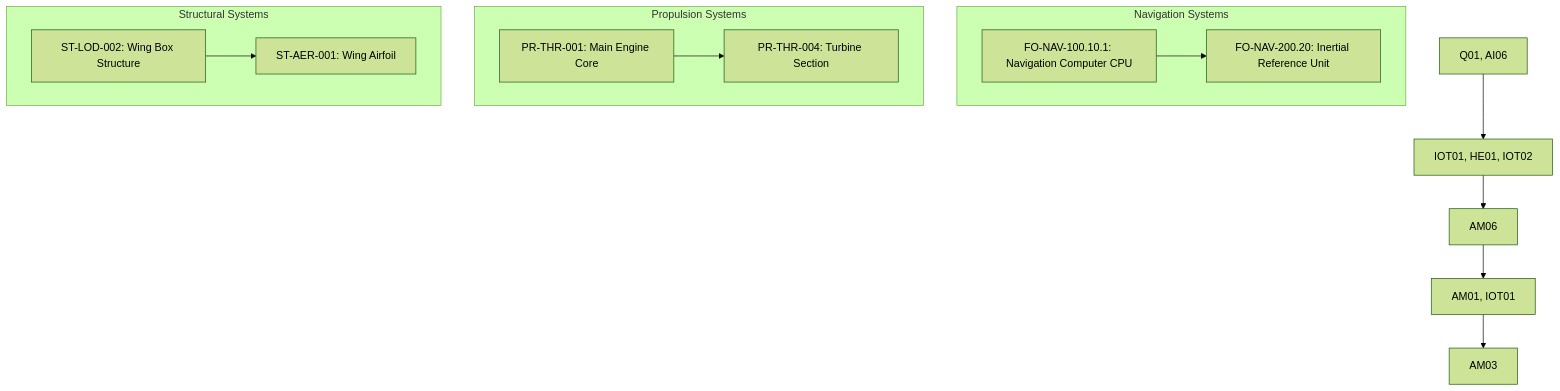
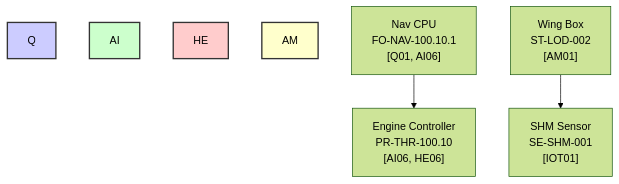
One commit to ampel360/Robbbo-T changed the third of 12 diagrams in README.md. Above: the diagram before and after it, drawn with Mermaid (forest theme). The commit also changed other lines of this file, not shown here.

````diff
--- a/README.md
+++ b/README.md
@@ -863,19 +838,15 @@
 ```mermaid
-graph TD
-    A[Q01, AI06] --> B[IOT01, HE01, IOT02]
-    B --> C[AM06]
-    C --> D[AM01, IOT01]
-    D --> E[AM03]
+graph TD;
+    style Q fill:#ccf,stroke:#333,stroke-width:2px;
+    style AI fill:#cfc,stroke:#333,stroke-width:2px;
+    style HE fill:#fcc,stroke:#333,stroke-width:2px;
+    style AM fill:#ffc,stroke:#333,stroke-width:2px;
 
-    subgraph Navigation Systems
-        F[FO-NAV-100.10.1: Navigation Computer CPU] --> G[FO-NAV-200.20: Inertial Reference Unit]
-    end
+    A["Nav CPU<br>FO-NAV-100.10.1<br>[Q01, AI06]"]:::Q;
+    B["Engine Controller<br>PR-THR-100.10<br>[AI06, HE06]"]:::AI;
+    C["Wing Box<br>ST-LOD-002<br>[AM01]"]:::AM;
+    D["SHM Sensor<br>SE-SHM-001<br>[IOT01]"];
 
-    subgraph Propulsion Systems
-        H[PR-THR-001: Main Engine Core] --> I[PR-THR-004: Turbine Section]
-    end
-
-    subgraph Structural Systems
-        J[ST-LOD-002: Wing Box Structure] --> K[ST-AER-001: Wing Airfoil]
-    end
+    A --> B;
+    C --> D;
 ```
````
